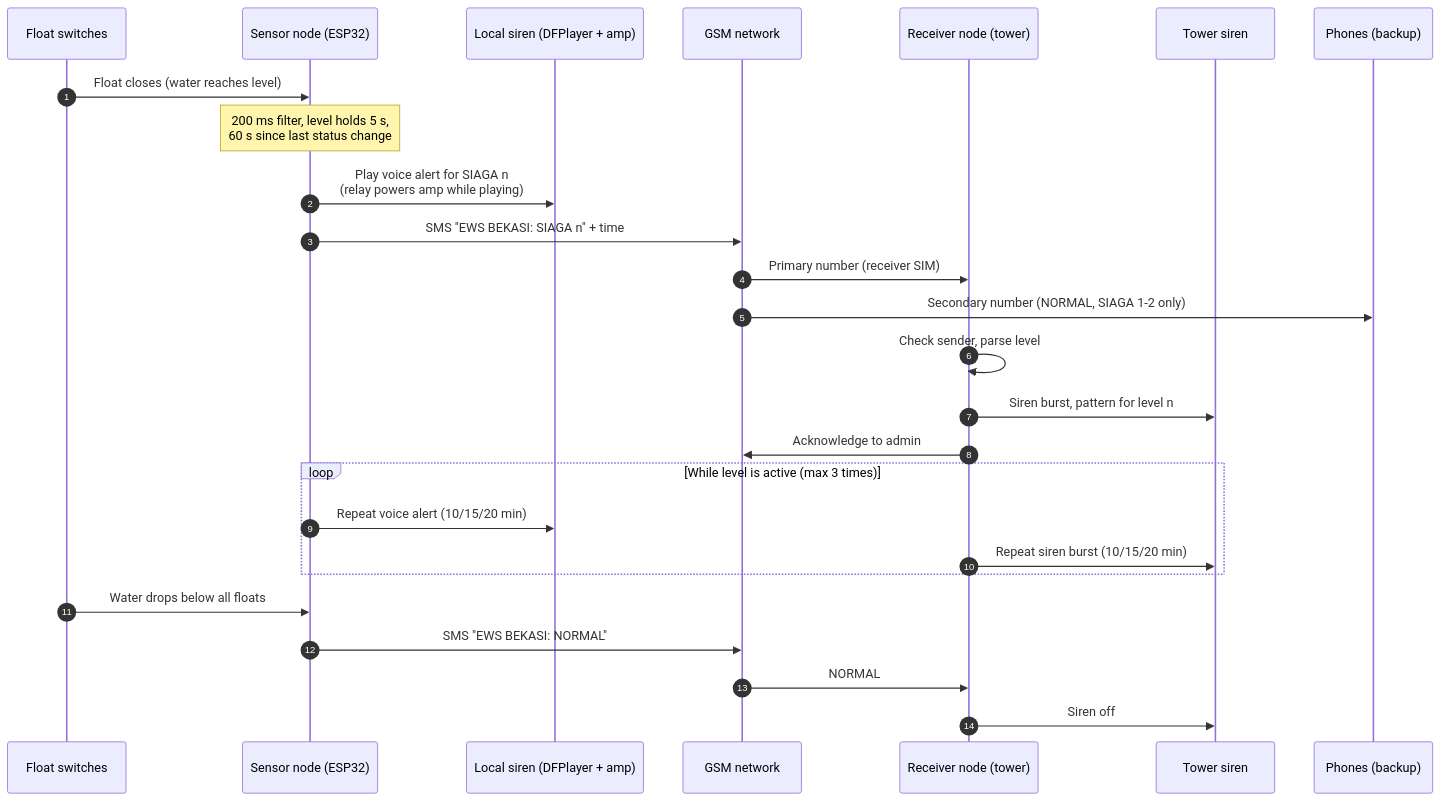
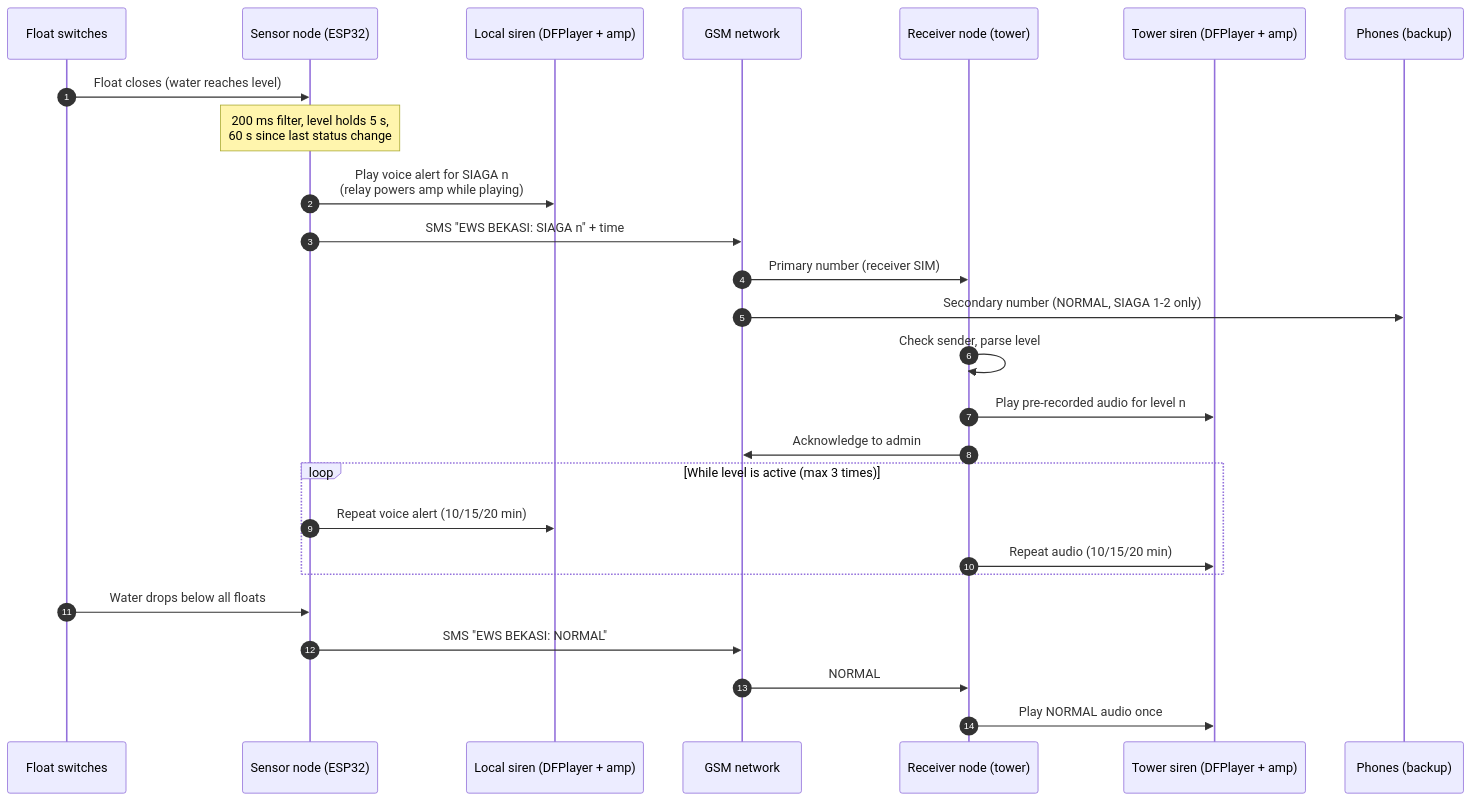
The diagram in README.md (balkan16/flood-early-warning-system), drawn with Mermaid before and after one commit. The commit also changed other lines of this file and 2 other files, not shown here.

Commit message:
Receiver: play pre-recorded stage audio via DFPlayer

````diff
--- a/README.md
+++ b/README.md
@@ -22,29 +22,29 @@
 ```mermaid
 sequenceDiagram
     autonumber
     participant F as Float switches
     participant S as Sensor node (ESP32)
     participant L as Local siren (DFPlayer + amp)
     participant G as GSM network
     participant R as Receiver node (tower)
-    participant T as Tower siren
+    participant T as Tower siren (DFPlayer + amp)
     participant P as Phones (backup)
 
     F->>S: Float closes (water reaches level)
     Note over S: 200 ms filter, level holds 5 s,<br/>60 s since last status change
     S->>L: Play voice alert for SIAGA n<br/>(relay powers amp while playing)
     S->>G: SMS "EWS BEKASI: SIAGA n" + time
     G->>R: Primary number (receiver SIM)
     G->>P: Secondary number (NORMAL, SIAGA 1-2 only)
     R->>R: Check sender, parse level
-    R->>T: Siren burst, pattern for level n
+    R->>T: Play pre-recorded audio for level n
     R->>G: Acknowledge to admin
     loop While level is active (max 3 times)
         S->>L: Repeat voice alert (10/15/20 min)
-        R->>T: Repeat siren burst (10/15/20 min)
+        R->>T: Repeat audio (10/15/20 min)
     end
     F->>S: Water drops below all floats
     S->>G: SMS "EWS BEKASI: NORMAL"
     G->>R: NORMAL
-    R->>T: Siren off
+    R->>T: Play NORMAL audio once
 ```
````
